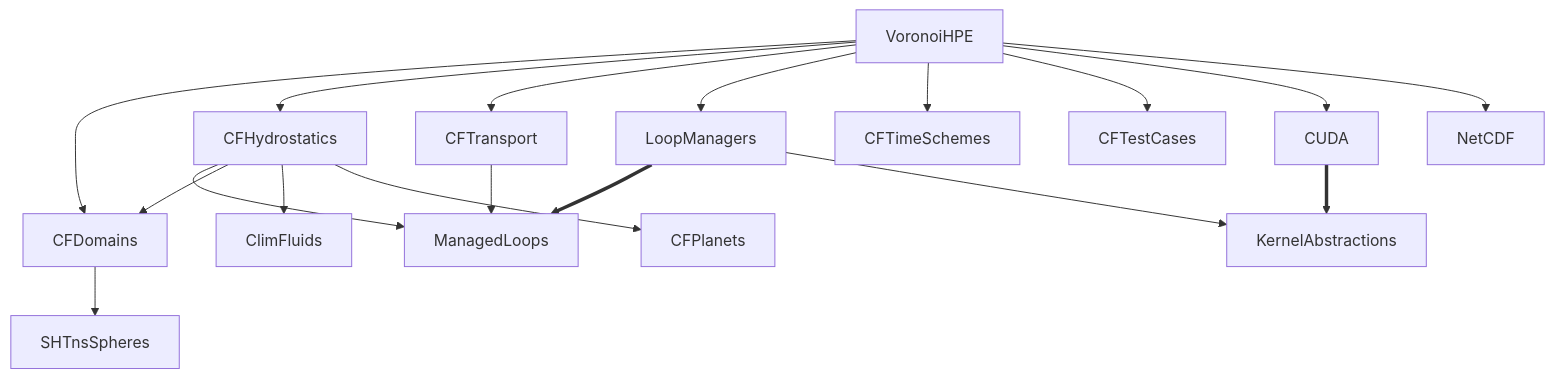
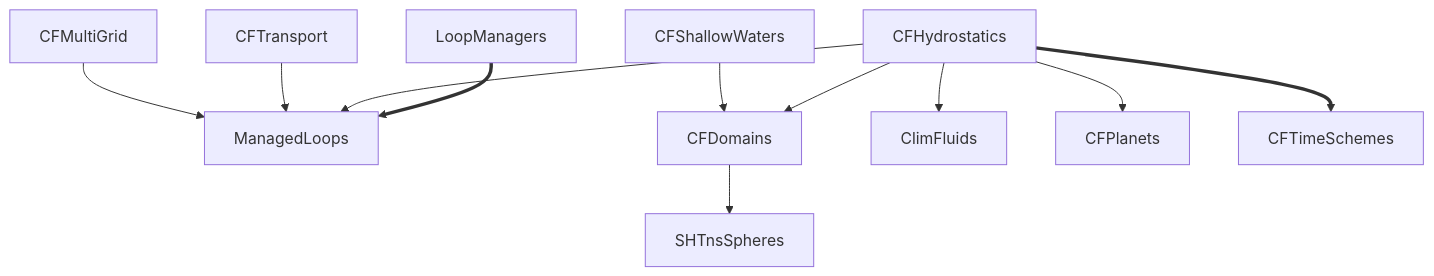
One commit to ClimFlows/.github changed the first of 2 diagrams in profile/README.md. Above: the diagram before and after it, drawn with Mermaid. The commit also changed other lines of this file, not shown here.

````diff
--- a/profile/README.md
+++ b/profile/README.md
@@ -80,20 +80,13 @@
 ```mermaid
 graph TD;
     LoopManagers==>ManagedLoops;
-    LoopManagers-->KernelAbstractions;
-    CUDA==>KernelAbstractions;
     CFDomains --> SHTnsSpheres
     CFHydrostatics-->ManagedLoops;
     CFTransport --> ManagedLoops;
-    CFHydrostatics-->CFDomains;
+    CFMultiGrid --> ManagedLoops;
     CFHydrostatics-->ClimFluids;
     CFHydrostatics-->CFPlanets;
-    VoronoiHPE-->CFDomains;
-    VoronoiHPE-->CFHydrostatics;
-    VoronoiHPE-->CFTransport;
-    VoronoiHPE-->LoopManagers;
-    VoronoiHPE-->CFTimeSchemes;
-    VoronoiHPE-->CFTestCases;
-    VoronoiHPE-->CUDA;
-    VoronoiHPE-->NetCDF;
+    CFHydrostatics-->CFDomains;
+    CFHydrostatics==>CFTimeSchemes;
+    CFShallowWaters-->CFDomains;
 ```
````
